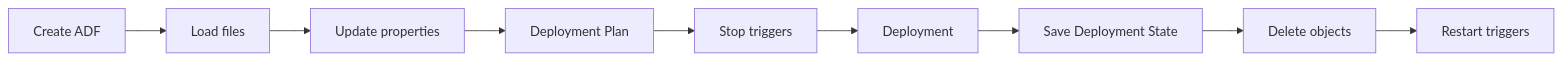
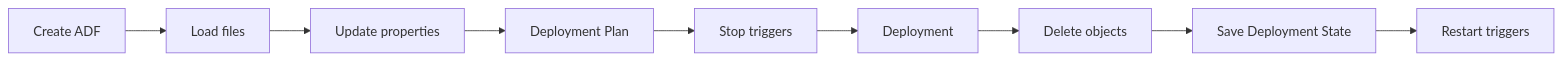
The first of 2 diagrams in README.md (Azure-Player/azure.datafactory.tools), drawn with Mermaid before and after one commit. The commit also changed other lines of this file and 9 other files, not shown here.

Commit message:
Incremental re-deployment of deleted and recreated objects #355

````diff
--- a/README.md
+++ b/README.md
@@ -382,11 +382,11 @@
 ``` mermaid
 graph LR;
   S10[Create ADF] --> S15[Load files];
   S15 --> S20[Update properties];
   S20 --> S25[Deployment Plan]
 	S25 --> S30[Stop triggers];
 	S30 --> S40[Deployment];
-  S40 --> S45[Save Deployment State]
-	S45 --> S50[Delete objects];
-	S50 --> S60[Restart triggers];
+	S40 --> S50[Delete objects];
+  S50 --> S60[Save Deployment State];
+	S60 --> S70[Restart triggers];
 ```
````
